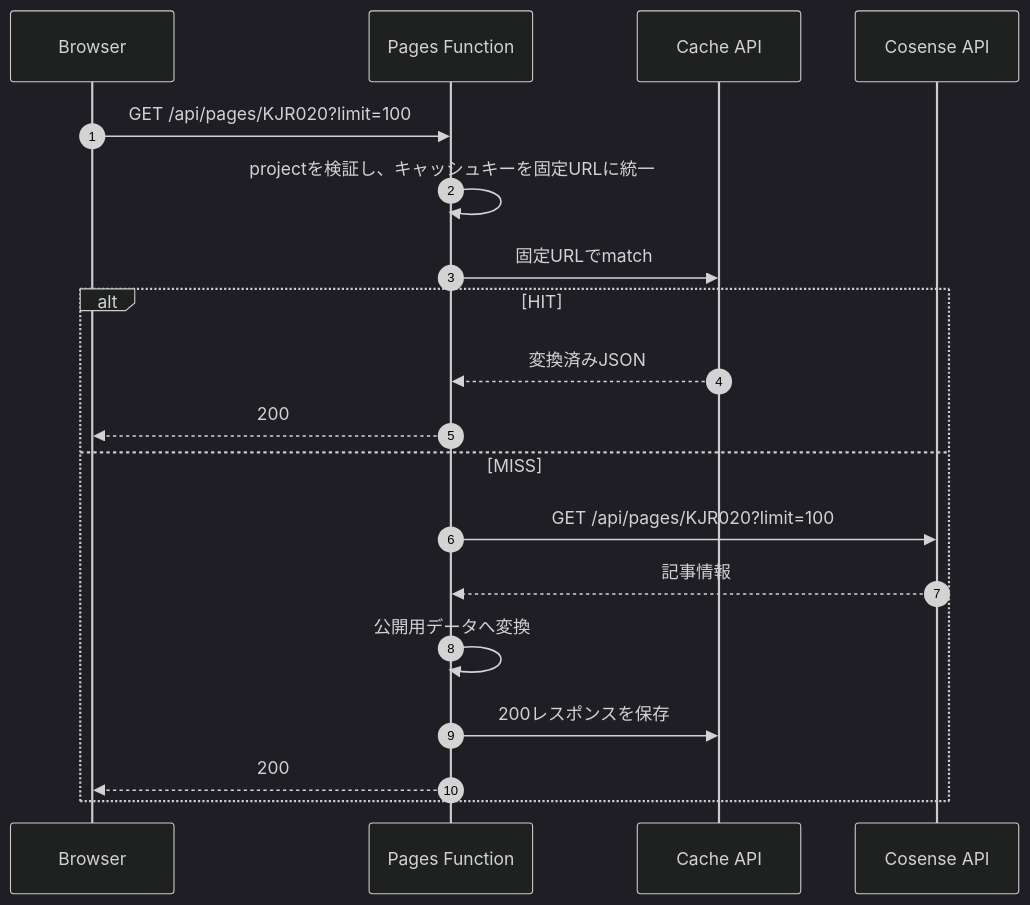
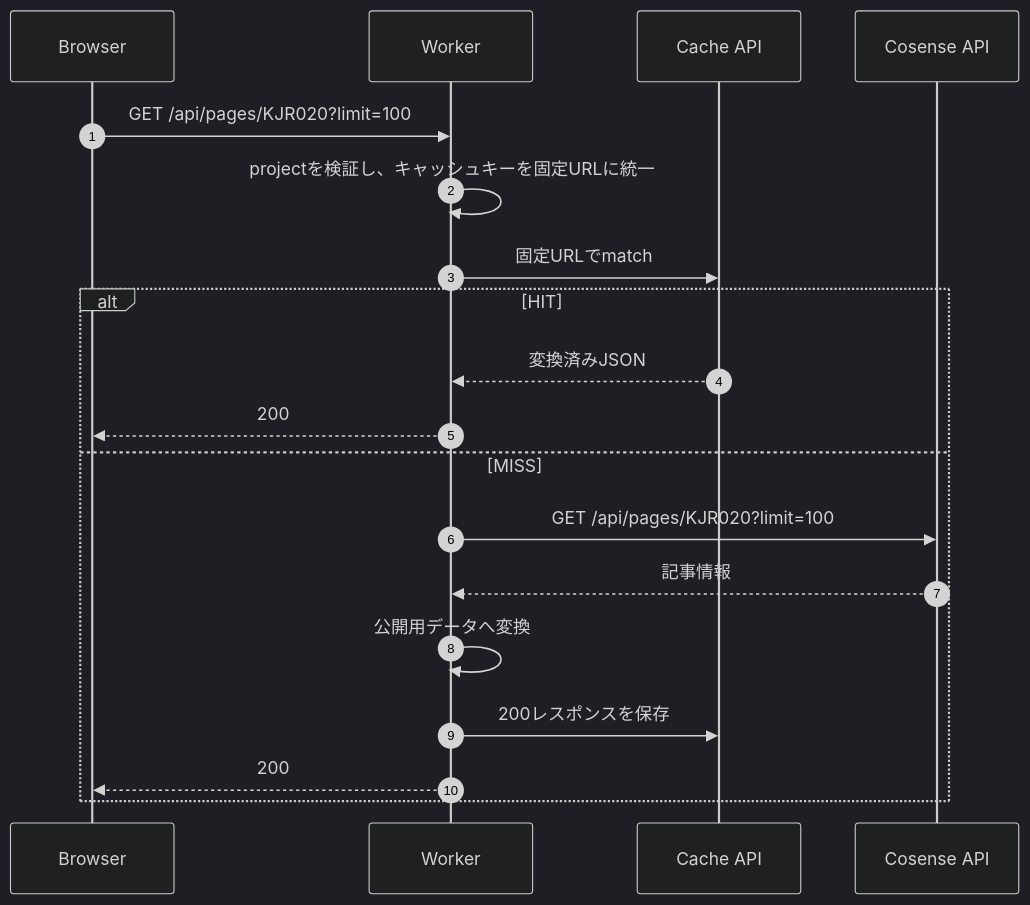
The diagram in docs/architecture/cosense-api-proxy.md (KJR020/kjr020-blog), drawn with Mermaid (dark theme) before and after one commit. The commit also changed other lines of this file and 9 other files, not shown here.

````diff
--- a/docs/architecture/cosense-api-proxy.md
+++ b/docs/architecture/cosense-api-proxy.md
@@ -16,22 +16,22 @@
 ```mermaid
 sequenceDiagram
     autonumber
     participant Browser
-    participant Function as Pages Function
+    participant Function as Worker
     participant Cache as Cache API
     participant Cosense as Cosense API
 
     Browser->>Function: GET /api/pages/KJR020?limit=100
     Function->>Function: projectを検証し、キャッシュキーを固定URLに統一
     Function->>Cache: 固定URLでmatch
     alt HIT
         Cache-->>Function: 変換済みJSON
         Function-->>Browser: 200
     else MISS
         Function->>Cosense: GET /api/pages/KJR020?limit=100
         Cosense-->>Function: 記事情報
         Function->>Function: 公開用データへ変換
         Function->>Cache: 200レスポンスを保存
         Function-->>Browser: 200
     end
 ```
````
